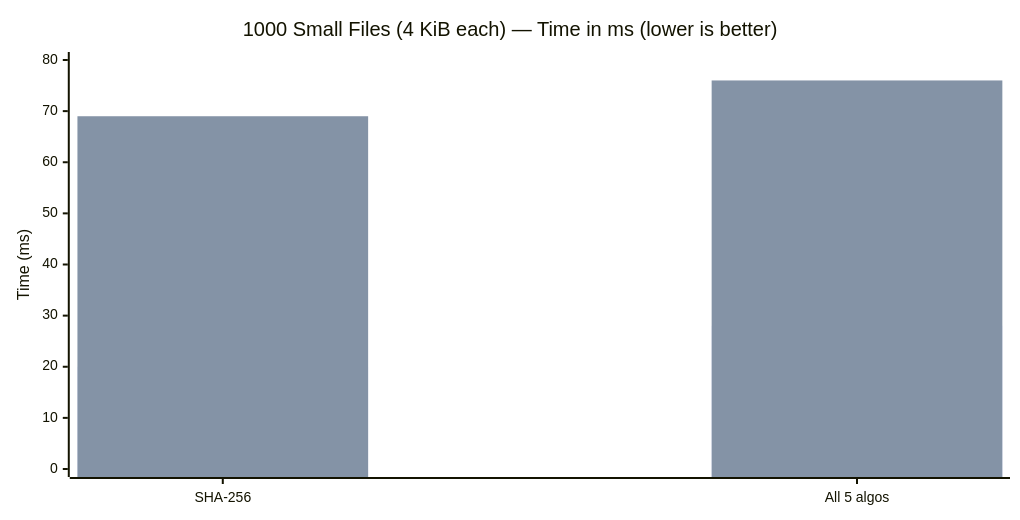
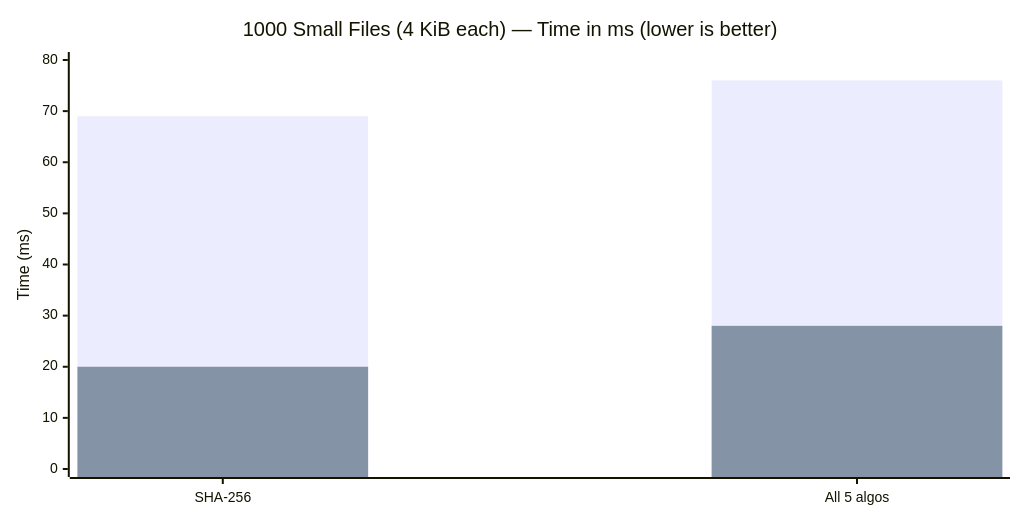
Before and after one commit to SecurityRonin/blazehash: the second of 5 diagrams in docs/benchmarks.md, drawn with Mermaid. The commit also changed other lines of this file, not shown here.

First line of the commit message:
docs: consistent chart ordering — hashdeep behind, blazehash in front

````diff
--- a/docs/benchmarks.md
+++ b/docs/benchmarks.md
@@ -78,13 +78,13 @@
 ```mermaid
 ---
 config:
     xyChart:
         width: 1000
 ---
 xychart-beta
     title "1000 Small Files (4 KiB each) — Time in ms (lower is better)"
     x-axis ["SHA-256", "All 5 algos"]
     y-axis "Time (ms)" 0 --> 80
+    bar "hashdeep" [69, 76]
     bar "blazehash" [20, 28]
-    bar "hashdeep" [69, 76]
 ```
````
